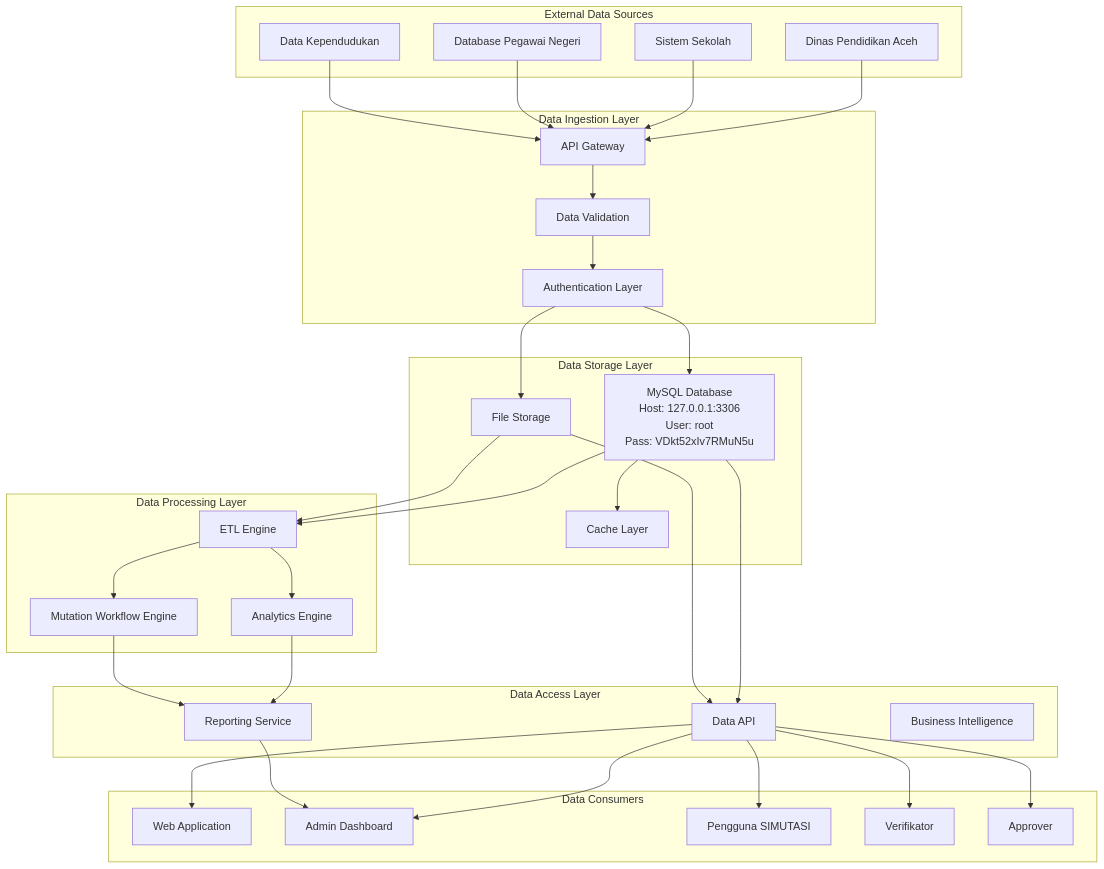
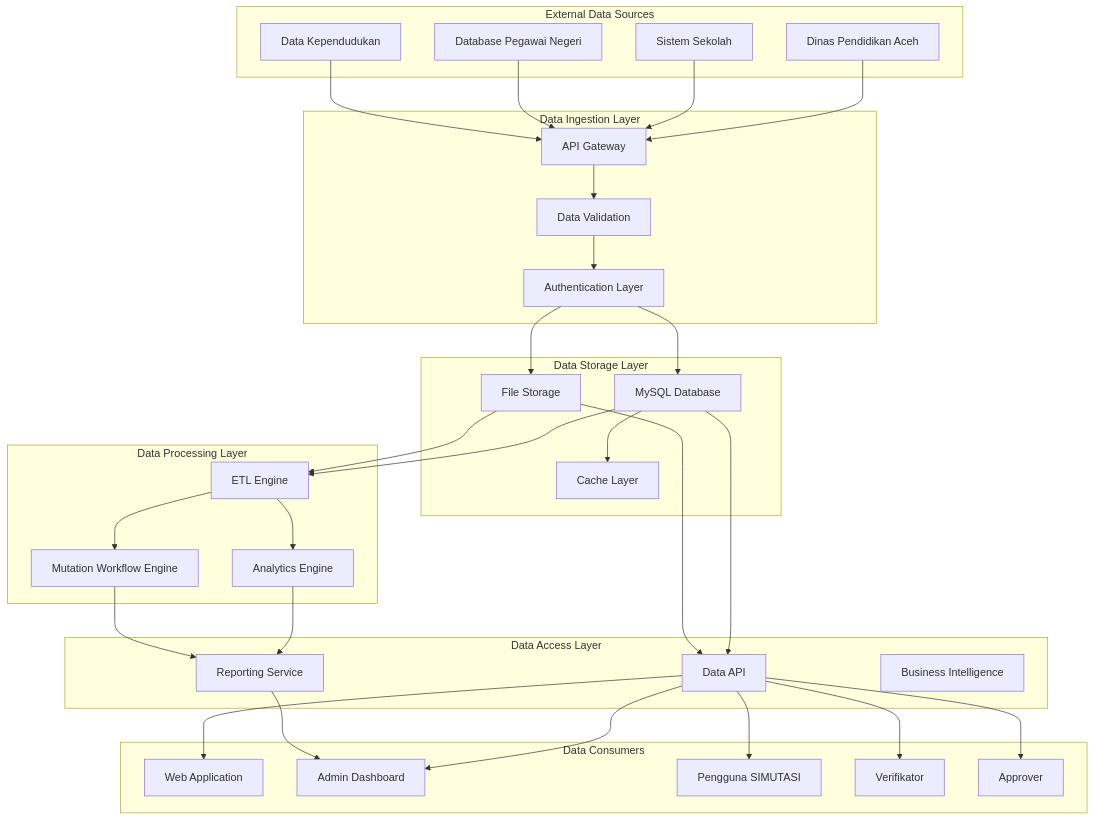
One commit to alibungker/superapp changed the first of 6 diagrams in simutasi/simutasi_Data_Architecture_Document(DAD).md. Above: the diagram before and after it, drawn with Mermaid. The commit also changed other lines of this file, not shown here.

````diff
--- a/simutasi/simutasi_Data_Architecture_Document(DAD).md
+++ b/simutasi/simutasi_Data_Architecture_Document(DAD).md
@@ -73,65 +73,65 @@
 ```mermaid
 graph TB
     subgraph "External Data Sources"
         A[Dinas Pendidikan Aceh]
         B[Sistem Sekolah]
         C[Database Pegawai Negeri]
         D[Data Kependudukan]
     end
     
     subgraph "Data Ingestion Layer"
         E[API Gateway]
         F[Data Validation]
         G[Authentication Layer]
     end
     
     subgraph "Data Storage Layer"
-        H[MySQL Database<br/>Host: 127.0.0.1:3306<br/>User: root<br/>Pass: VDkt52xIv7RMuN5u]
+        H[MySQL Database]
         I[File Storage]
         J[Cache Layer]
     end
     
     subgraph "Data Processing Layer"
         K[ETL Engine]
         L[Analytics Engine]
         M[Mutation Workflow Engine]
     end
     
     subgraph "Data Access Layer"
         N[Data API]
         O[Reporting Service]
         P[Business Intelligence]
     end
     
     subgraph "Data Consumers"
         Q[Web Application]
         R[Admin Dashboard]
         S[Pengguna SIMUTASI]
         T[Verifikator]
         U[Approver]
     end
     
     A --> E
     B --> E
     C --> E
     D --> E
     E --> F
     F --> G
     G --> H
     G --> I
     H --> J
     H --> K
     I --> K
     K --> L
     K --> M
     H --> N
     I --> N
     L --> O
     M --> O
     N --> Q
     N --> R
     N --> S
     N --> T
     N --> U
     O --> R
 ```
````
